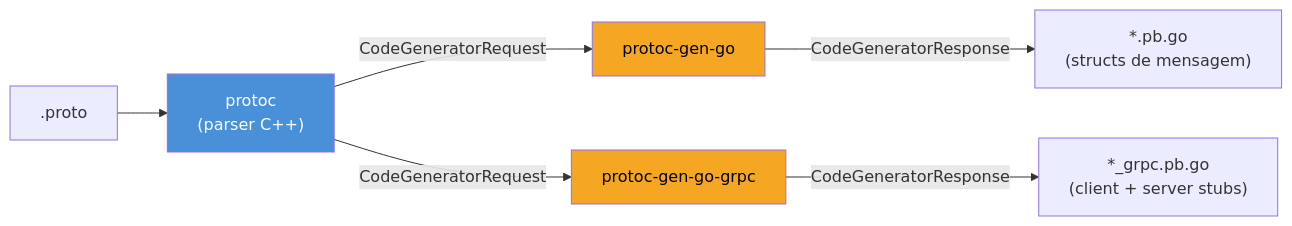
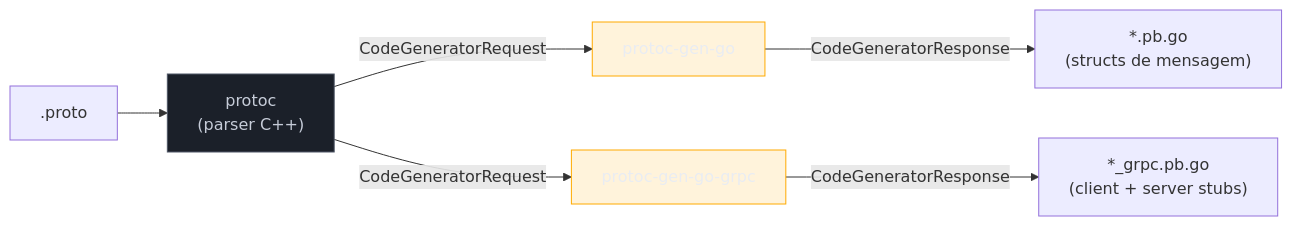
One commit to josenaldo/codex-technomanticus changed the first of 2 diagrams in 03-Dominios/Tecnologia/Go/12 - gRPC e protobuf/03 - Gerando código Go.md. Above: the diagram before and after it, drawn with Mermaid. The commit also changed 1181 other files, not shown here.

First line of the commit message:
fix(diagramas): paleta do sistema no lugar de cor cravada no markdown

````diff
--- a/03-Dominios/Tecnologia/Go/12 - gRPC e protobuf/03 - Gerando código Go.md
+++ b/03-Dominios/Tecnologia/Go/12 - gRPC e protobuf/03 - Gerando código Go.md
@@ -53,12 +53,14 @@
 ```mermaid
 flowchart LR
+    classDef neutro fill:#1B2029,stroke:#4E5666,color:#C6CCD8
+    classDef destaque fill:#FFAA0024,stroke:#FFAA00,color:#E9ECF2
     A[".proto"] --> B["protoc\n(parser C++)"]
     B -->|"CodeGeneratorRequest"| C["protoc-gen-go"]
     B -->|"CodeGeneratorRequest"| D["protoc-gen-go-grpc"]
     C -->|"CodeGeneratorResponse"| E["*.pb.go\n(structs de mensagem)"]
     D -->|"CodeGeneratorResponse"| F["*_grpc.pb.go\n(client + server stubs)"]
 
-    style B fill:#4A90D9,color:#fff
-    style C fill:#F5A623,color:#000
-    style D fill:#F5A623,color:#000
+    class B neutro
+    class C destaque
+    class D destaque
 ```
````
